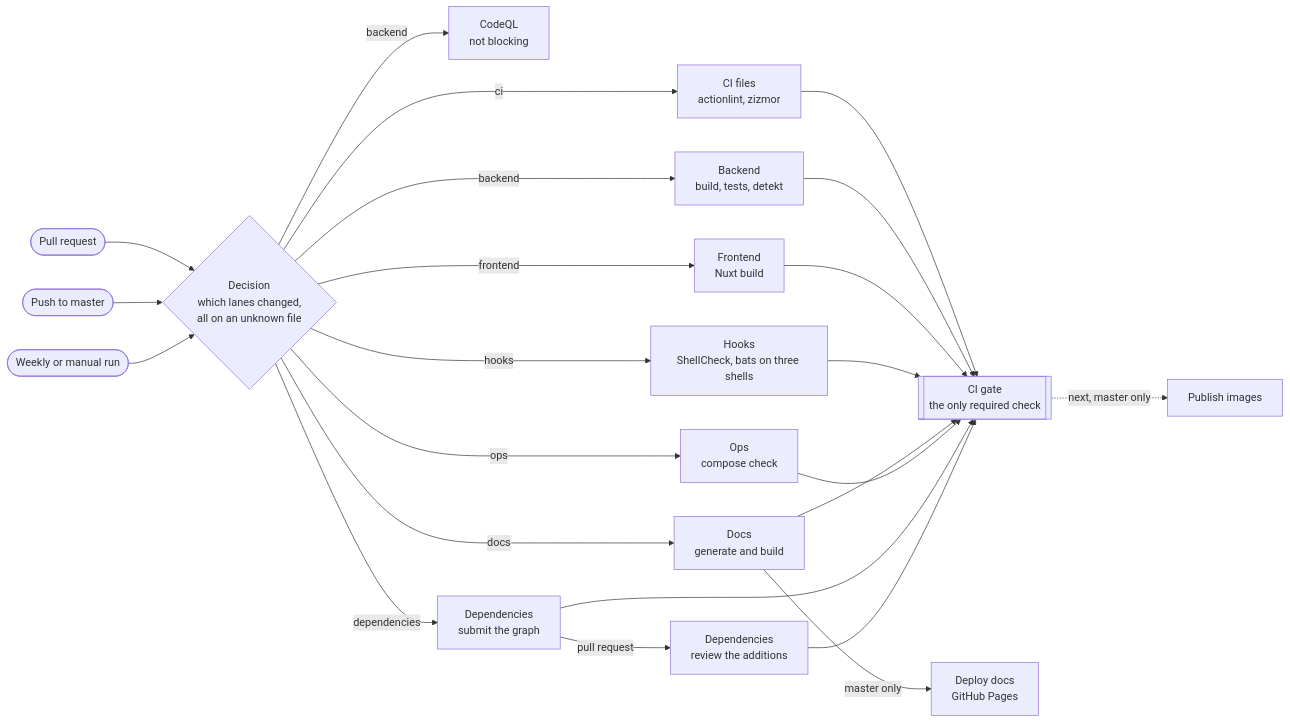
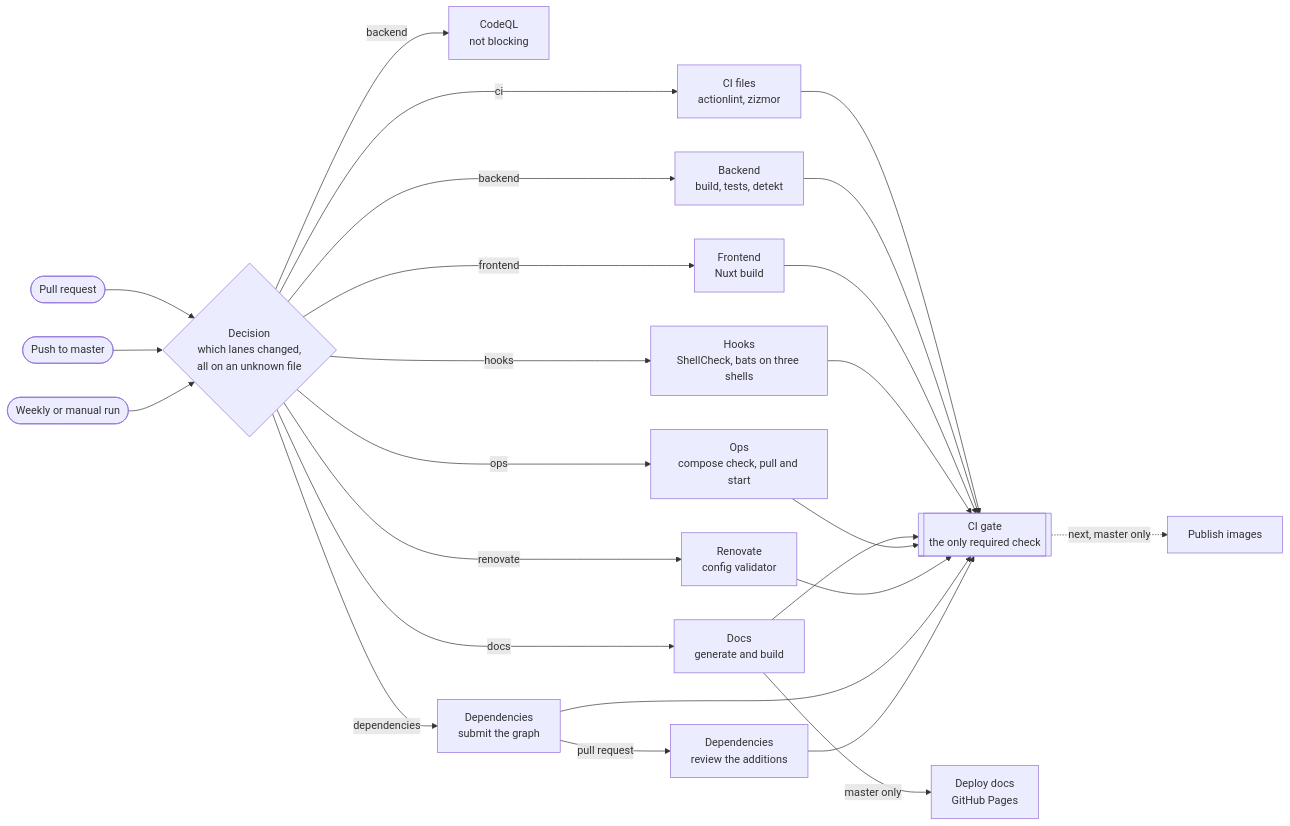
The diagram in docs/src/engineering/ci-cd.md (mboisnard/drinkit), drawn with Mermaid before and after one commit. The commit also changed other lines of this file and 9 other files, not shown here.

Commit message:
[GITHUB-ACTION] Check in CI what Renovate pull requests merge on their own (#490)

````diff
--- a/docs/src/engineering/ci-cd.md
+++ b/docs/src/engineering/ci-cd.md
@@ -5,19 +5,20 @@
 ```mermaid
 flowchart LR
   pr([Pull request]) --> decision
   master([Push to master]) --> decision
   weekly([Weekly or manual run]) --> decision
   decision{Decision<br/>which lanes changed,<br/>all on an unknown file}
   decision -- ci --> cifiles[CI files<br/>actionlint, zizmor]
   decision -- backend --> backend[Backend<br/>build, tests, detekt]
   decision -- backend --> codeql[CodeQL<br/>not blocking]
   decision -- frontend --> frontend[Frontend<br/>Nuxt build]
   decision -- hooks --> hooks[Hooks<br/>ShellCheck, bats on three shells]
   decision -- docs --> docs[Docs<br/>generate and build]
-  decision -- ops --> ops[Ops<br/>compose check]
+  decision -- ops --> ops[Ops<br/>compose check, pull and start]
+  decision -- renovate --> renovate[Renovate<br/>config validator]
   decision -- dependencies --> submission[Dependencies<br/>submit the graph]
   submission -- pull request --> review[Dependencies<br/>review the additions]
-  cifiles & backend & frontend & hooks & docs & ops & submission & review --> gate[[CI gate<br/>the only required check]]
+  cifiles & backend & frontend & hooks & docs & ops & renovate & submission & review --> gate[[CI gate<br/>the only required check]]
   docs -- master only --> pages[Deploy docs<br/>GitHub Pages]
   gate -.->|next, master only| images[Publish images]
 ```
````
